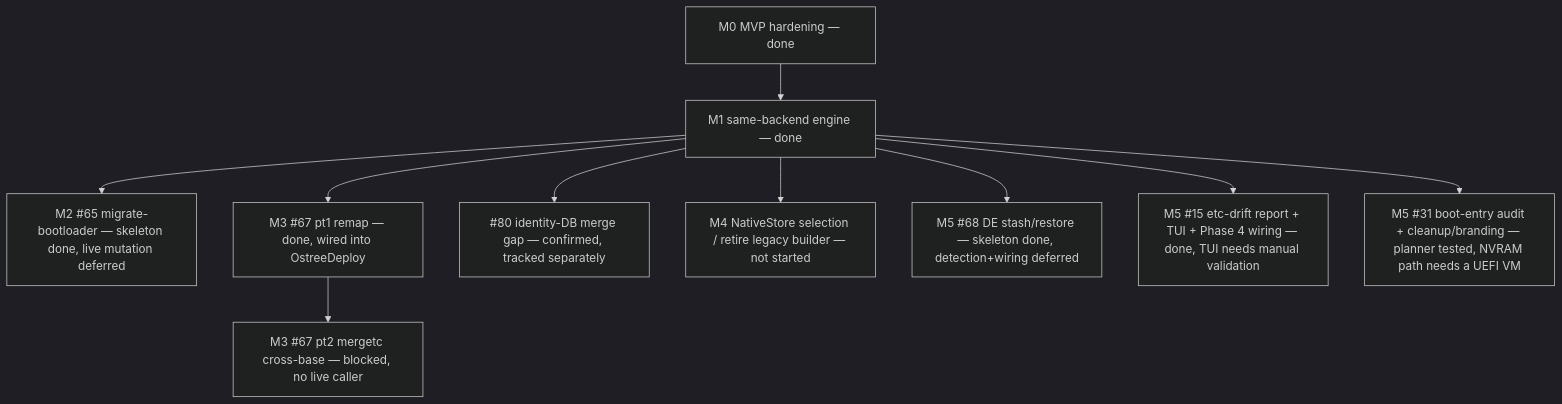
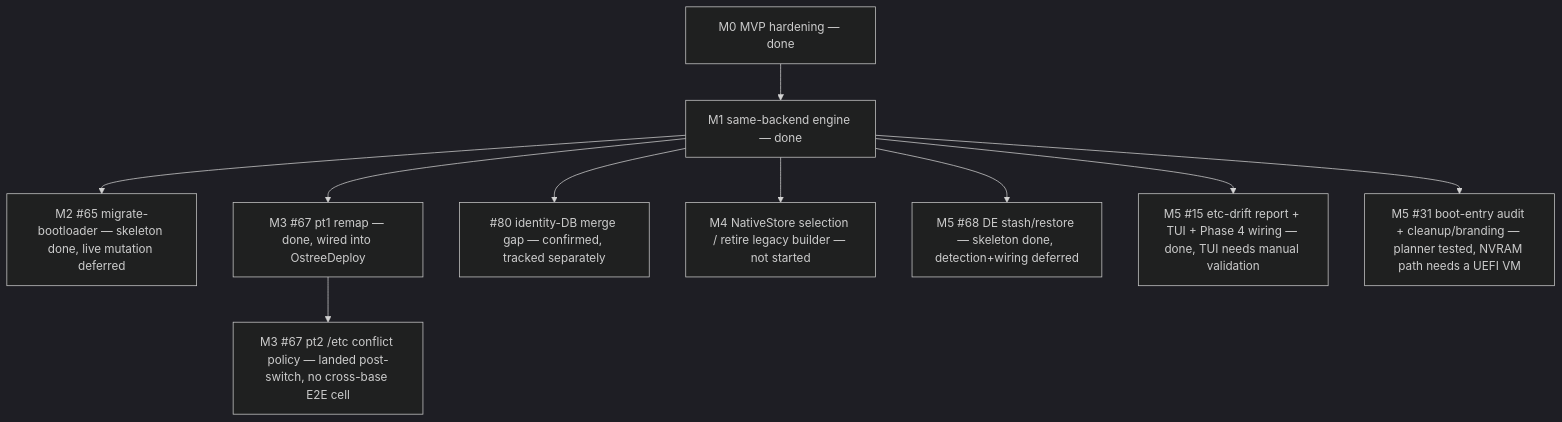
The diagram in ROADMAP.md (tuna-os/bootc-migrate), drawn with Mermaid (dark theme) before and after one commit. The commit also changed other lines of this file and 5 other files, not shown here.

First line of the commit message:
M3: cross-base /etc conflict policy over the staged deployment (#67 part 2) (#112)

````diff
--- a/ROADMAP.md
+++ b/ROADMAP.md
@@ -185,12 +209,12 @@
 ```mermaid
 graph TD
   M0["M0 MVP hardening — done"] --> M1["M1 same-backend engine — done"]
   M1 --> M2["M2 #65 migrate-bootloader — skeleton done, live mutation deferred"]
   M1 --> M3P1["M3 #67 pt1 remap — done, wired into OstreeDeploy"]
-  M3P1 --> M3P2["M3 #67 pt2 mergetc cross-base — blocked, no live caller"]
+  M3P1 --> M3P2["M3 #67 pt2 /etc conflict policy — landed post-switch, no cross-base E2E cell"]
   M1 --> GAP80["#80 identity-DB merge gap — confirmed, tracked separately"]
   M1 --> M4["M4 NativeStore selection / retire legacy builder — not started"]
   M1 --> M5A["M5 #68 DE stash/restore — skeleton done, detection+wiring deferred"]
   M1 --> M5B["M5 #15 etc-drift report + TUI + Phase 4 wiring — done, TUI needs manual validation"]
   M1 --> M5C["M5 #31 boot-entry audit + cleanup/branding — planner tested, NVRAM path needs a UEFI VM"]
 ```
````
